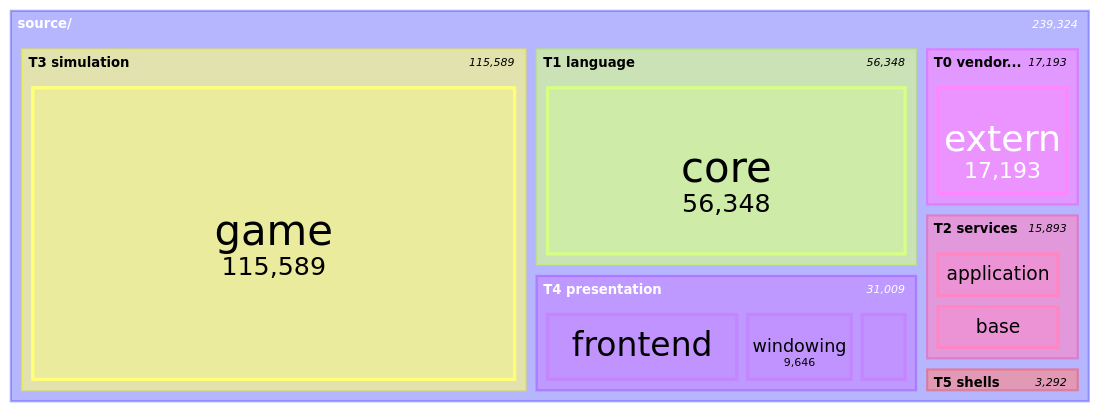
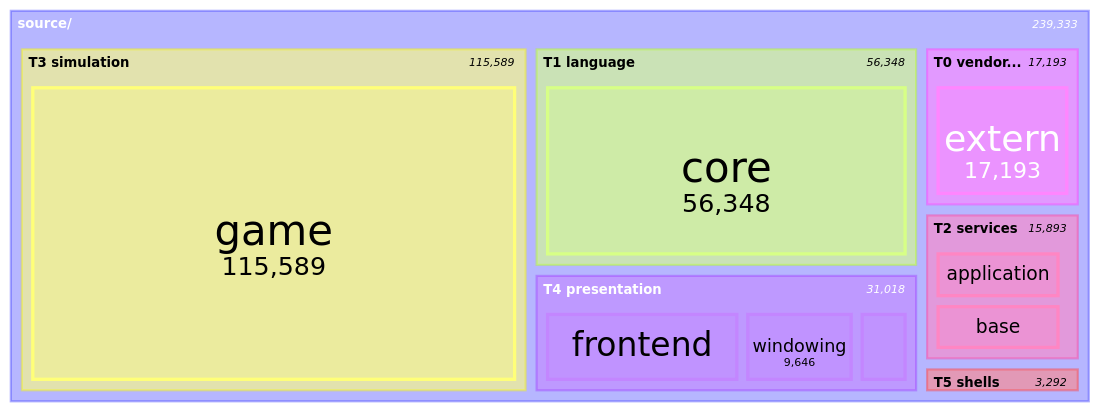
Before and after one commit to apnex/OpenStarbound: the seventh of 11 diagrams in docs/architecture/system-boundaries.md, drawn with Mermaid. The commit also changed other lines of this file and 10 other files, not shown here.

````diff
--- a/docs/architecture/system-boundaries.md
+++ b/docs/architecture/system-boundaries.md
@@ -592,22 +592,22 @@
 ```mermaid
 treemap-beta
 "source/"
     "T0 vendored"
         "extern": 17193
     "T1 language"
         "core": 56348
     "T2 services"
         "application": 7455
         "base": 7449
         "metrics": 847
         "platform": 142
     "T3 simulation"
         "game": 115589
     "T4 presentation"
         "frontend": 16863
         "windowing": 9646
-        "rendering": 4500
+        "rendering": 4509
     "T5 shells"
         "client": 2509
         "server": 783
 ```
````
